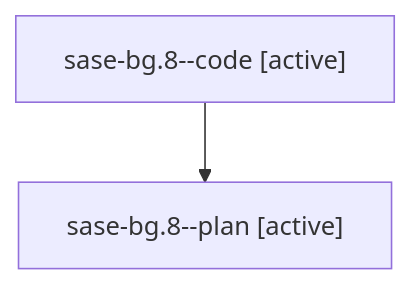
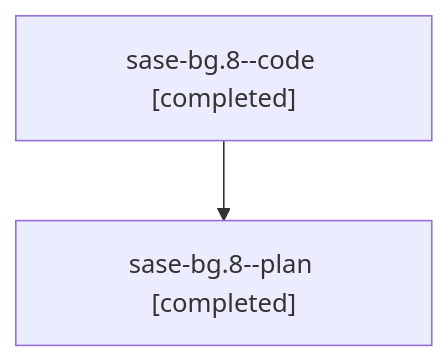
Before and after one commit to sase-org/sase--agents: the diagram in families/bbugyi200.athena.sase-bg.8.md, drawn with Mermaid. The commit also changed other lines of this file and 75 other files, not shown here.

````diff
--- a/families/bbugyi200.athena.sase-bg.8.md
+++ b/families/bbugyi200.athena.sase-bg.8.md
@@ -9,6 +9,6 @@
 ```mermaid
 flowchart TD
-  n0["sase-bg.8--code [active]"]
-  n1["sase-bg.8--plan [active]"]
+  n0["sase-bg.8--code [completed]"]
+  n1["sase-bg.8--plan [completed]"]
   n0 --> n1
 ```
````
